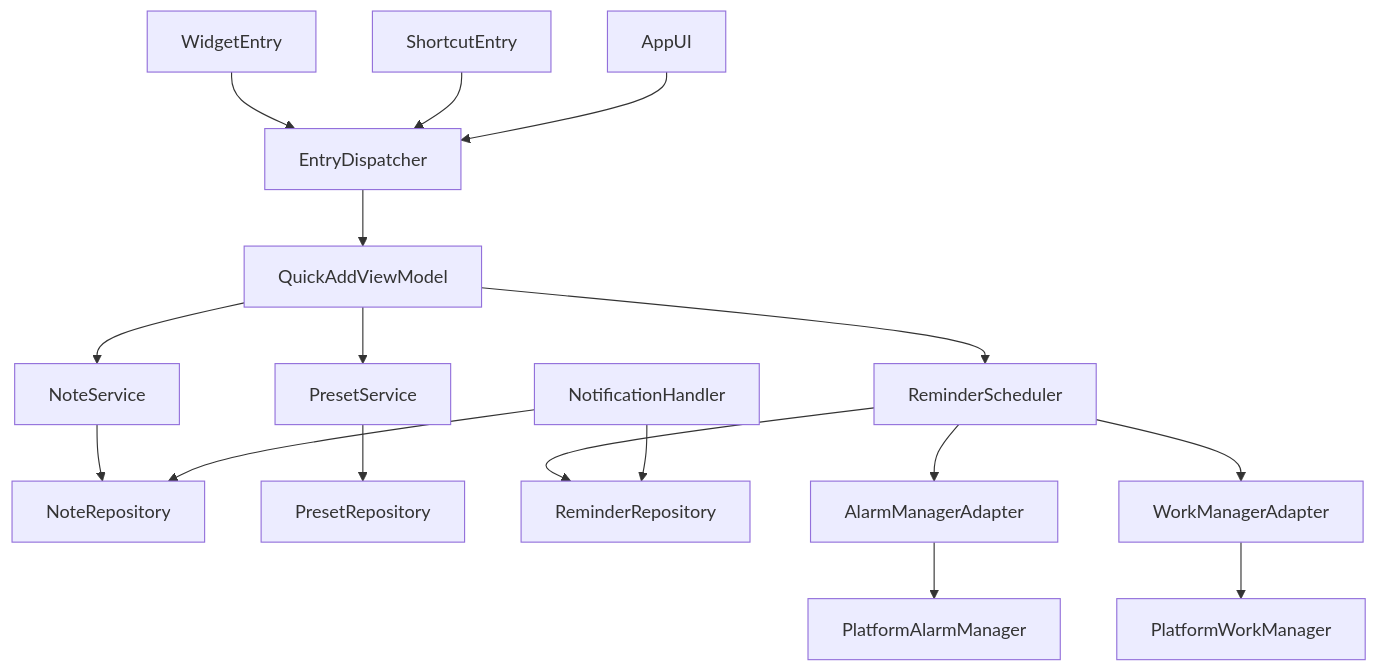
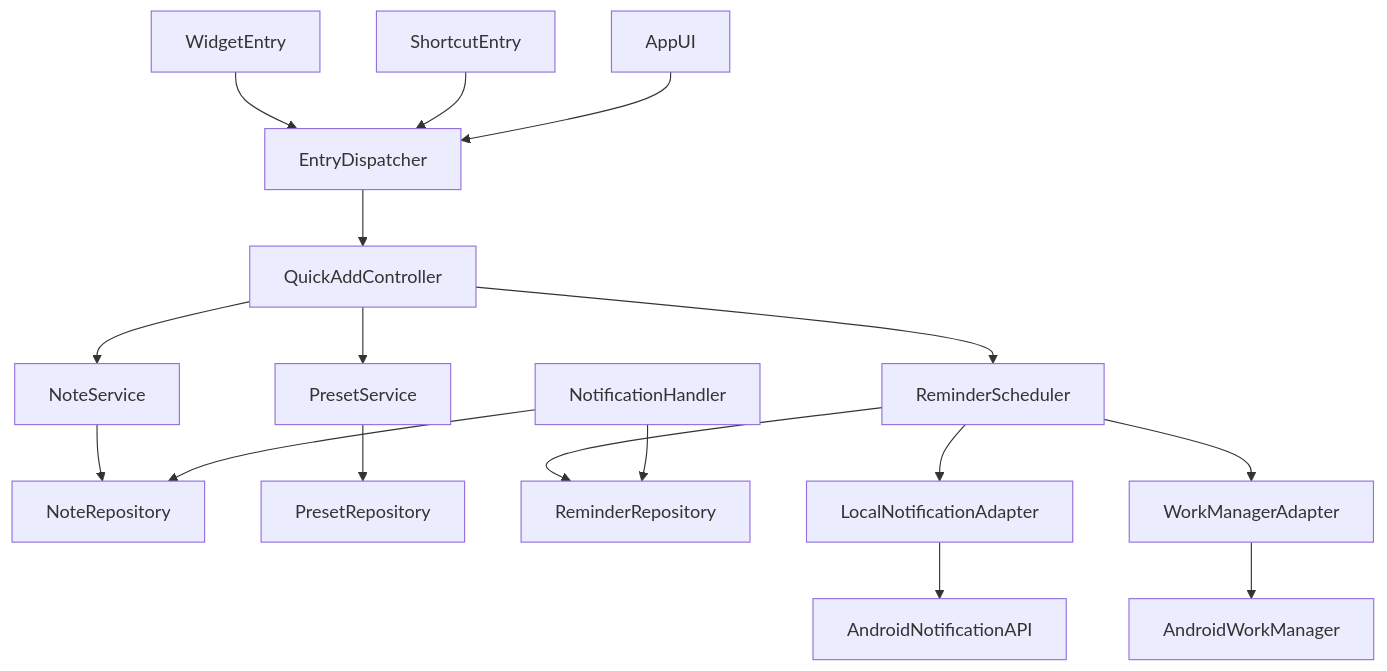
Before and after one commit to OMEGA-himajin/FlickMemo: the first of 2 diagrams in .kiro/specs/flickmemo/design.md, drawn with Mermaid. The commit also changed other lines of this file and 2 other files, not shown here.

````diff
--- a/.kiro/specs/flickmemo/design.md
+++ b/.kiro/specs/flickmemo/design.md
@@ -44,19 +44,19 @@
 ```mermaid
 graph TD
     WidgetEntry --> EntryDispatcher
     ShortcutEntry --> EntryDispatcher
     AppUI --> EntryDispatcher
-    EntryDispatcher --> QuickAddViewModel
-    QuickAddViewModel --> NoteService
-    QuickAddViewModel --> ReminderScheduler
-    QuickAddViewModel --> PresetService
+    EntryDispatcher --> QuickAddController
+    QuickAddController --> NoteService
+    QuickAddController --> ReminderScheduler
+    QuickAddController --> PresetService
     NoteService --> NoteRepository
     PresetService --> PresetRepository
     ReminderScheduler --> ReminderRepository
-    ReminderScheduler --> AlarmManagerAdapter
+    ReminderScheduler --> LocalNotificationAdapter
     ReminderScheduler --> WorkManagerAdapter
-    AlarmManagerAdapter --> PlatformAlarmManager
-    WorkManagerAdapter --> PlatformWorkManager
+    LocalNotificationAdapter --> AndroidNotificationAPI
+    WorkManagerAdapter --> AndroidWorkManager
     NotificationHandler --> ReminderRepository
     NotificationHandler --> NoteRepository
 ```
````
